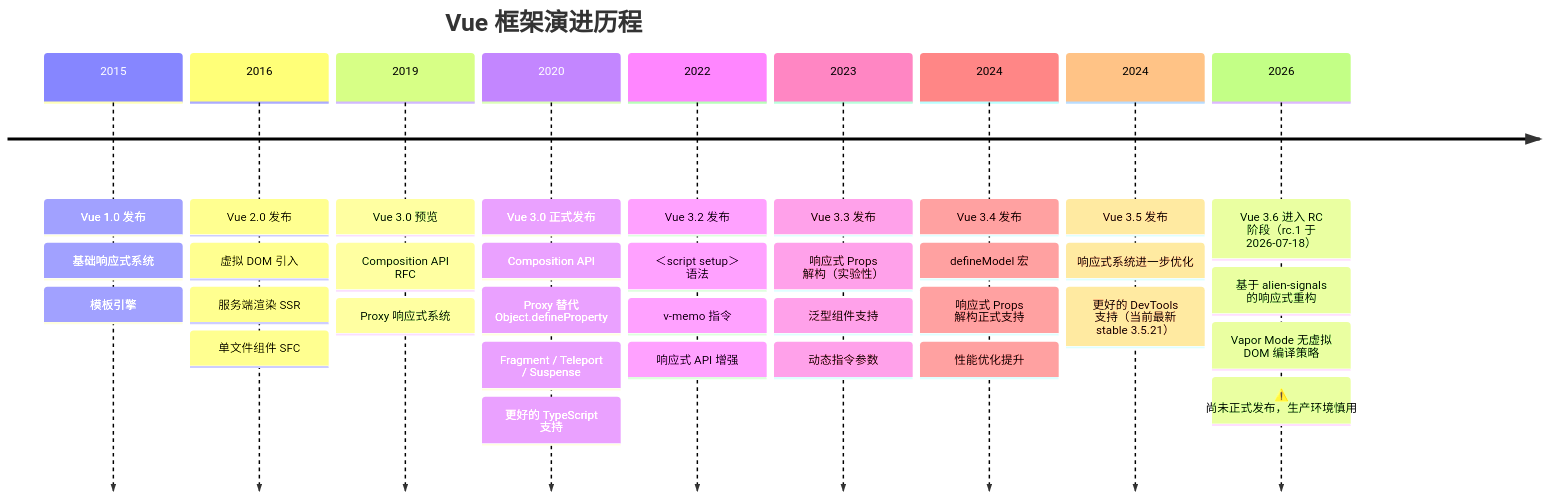
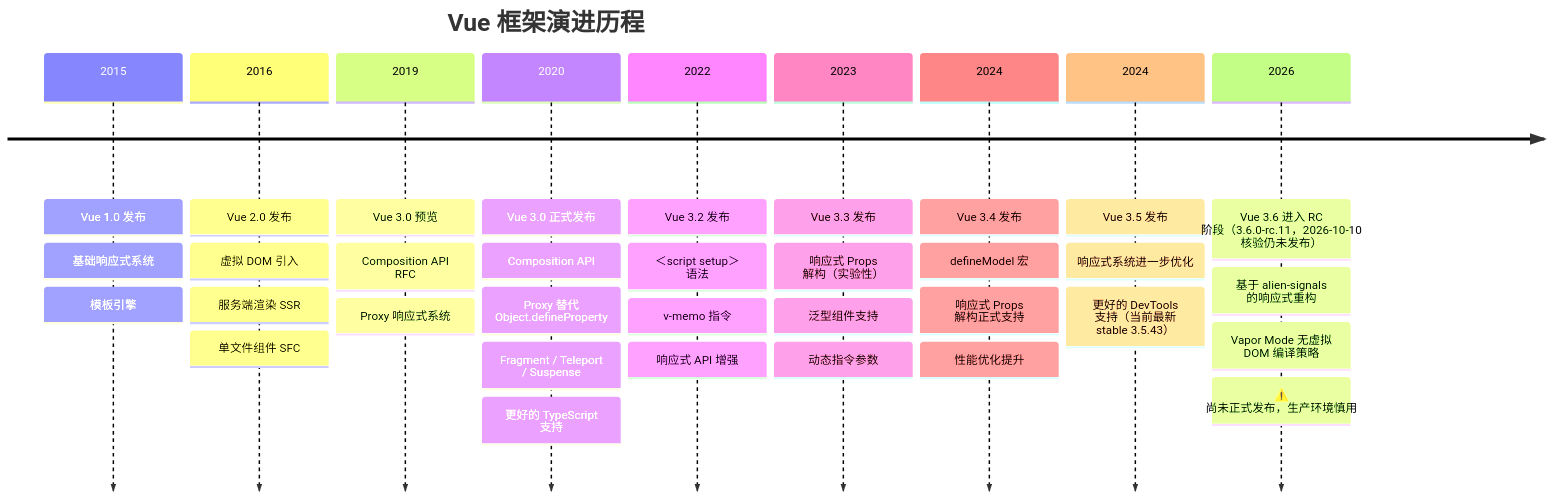
One commit to KMaybe01/interview-demo changed diagram 42 of 49 in docs/S2-框架深入/01-Vue3.md. Above: the diagram before and after it, drawn with Mermaid. The commit also changed other lines of this file and 9 other files, not shown here.

````diff
--- a/docs/S2-框架深入/01-Vue3.md
+++ b/docs/S2-框架深入/01-Vue3.md
@@ -2842,38 +2921,38 @@
 ```mermaid
 timeline
     title Vue 框架演进历程
     2015 : Vue 1.0 发布
          : 基础响应式系统
          : 模板引擎
     2016 : Vue 2.0 发布
          : 虚拟 DOM 引入
          : 服务端渲染 SSR
          : 单文件组件 SFC
     2019 : Vue 3.0 预览
          : Composition API RFC
          : Proxy 响应式系统
     2020 : Vue 3.0 正式发布
          : Composition API
          : Proxy 替代 Object.defineProperty
          : Fragment / Teleport / Suspense
          : 更好的 TypeScript 支持
     2022 : Vue 3.2 发布
          : ＜script setup＞ 语法
          : v-memo 指令
          : 响应式 API 增强
     2023 : Vue 3.3 发布
          : 响应式 Props 解构（实验性）
          : 泛型组件支持
          : 动态指令参数
     2024 : Vue 3.4 发布
          : defineModel 宏
          : 响应式 Props 解构正式支持
          : 性能优化提升
     2024 : Vue 3.5 发布
          : 响应式系统进一步优化
-         : 更好的 DevTools 支持（当前最新 stable 3.5.21）
-    2026 : Vue 3.6 进入 RC 阶段（rc.1 于 2026-07-18）
+         : 更好的 DevTools 支持（当前最新 stable 3.5.43）
+    2026 : Vue 3.6 进入 RC 阶段（3.6.0-rc.11，2026-10-10 核验仍未发布）
          : 基于 alien-signals 的响应式重构
          : Vapor Mode 无虚拟 DOM 编译策略
          : ⚠️ 尚未正式发布，生产环境慎用
 ```
````
